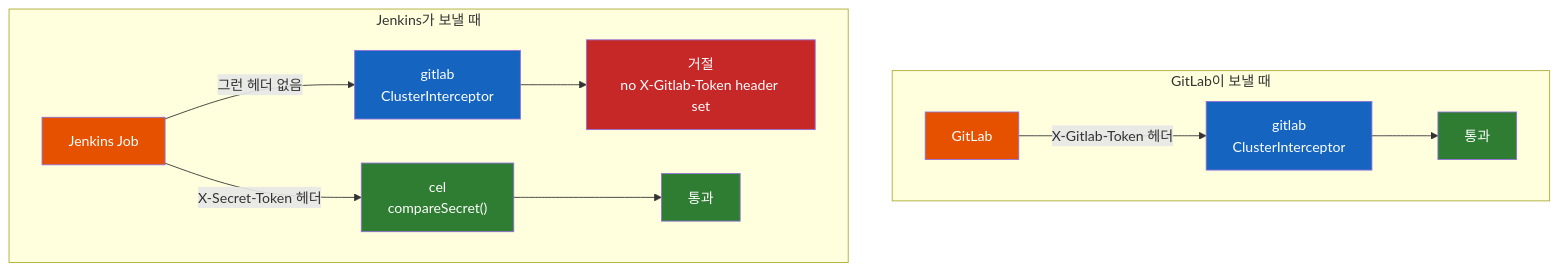
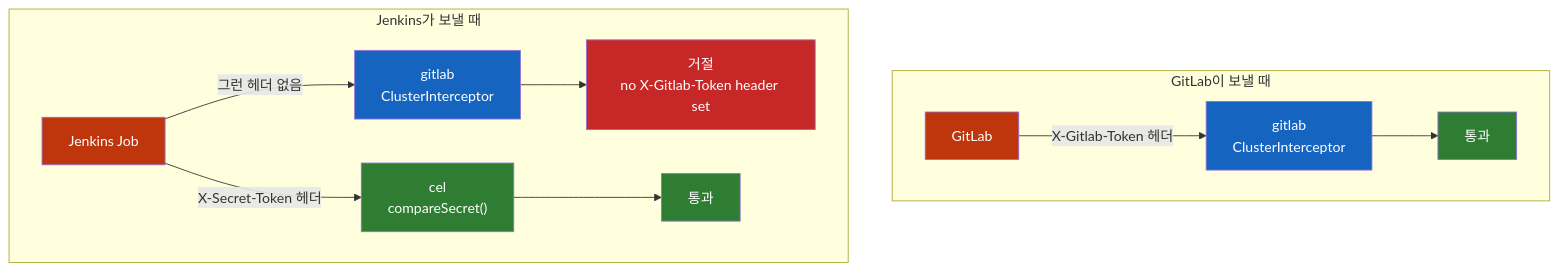
One commit to sskim91/TIL changed the first of 3 diagrams in kubernetes/Jenkins-Job에서-Tekton-EventListener로-webhook을-쏠-수-있을까.md. Above: the diagram before and after it, drawn with Mermaid. The commit also changed other lines of this file and 39 other files, not shown here.

````diff
--- a/kubernetes/Jenkins-Job에서-Tekton-EventListener로-webhook을-쏠-수-있을까.md
+++ b/kubernetes/Jenkins-Job에서-Tekton-EventListener로-webhook을-쏠-수-있을까.md
@@ -11,22 +13,22 @@
 ```mermaid
 flowchart TD
     subgraph From["GitLab이 보낼 때"]
         GL["GitLab"] -->|"X-Gitlab-Token 헤더"| I1["gitlab<br>ClusterInterceptor"]
         I1 --> P1["통과"]
     end
     subgraph FromJ["Jenkins가 보낼 때"]
         JK["Jenkins Job"] -->|"그런 헤더 없음"| I2["gitlab<br>ClusterInterceptor"]
         I2 --> X["거절<br>no X-Gitlab-Token header set"]
         JK -->|"X-Secret-Token 헤더"| I3["cel<br>compareSecret()"]
         I3 --> P2["통과"]
     end
 
-    style GL fill:#E65100,color:#fff
-    style JK fill:#E65100,color:#fff
+    style GL fill:#BF360C,color:#fff
+    style JK fill:#BF360C,color:#fff
     style I1 fill:#1565C0,color:#fff
     style I2 fill:#1565C0,color:#fff
     style I3 fill:#2E7D32,color:#fff
     style X fill:#C62828,color:#fff
     style P1 fill:#2E7D32,color:#fff
     style P2 fill:#2E7D32,color:#fff
 ```
````
